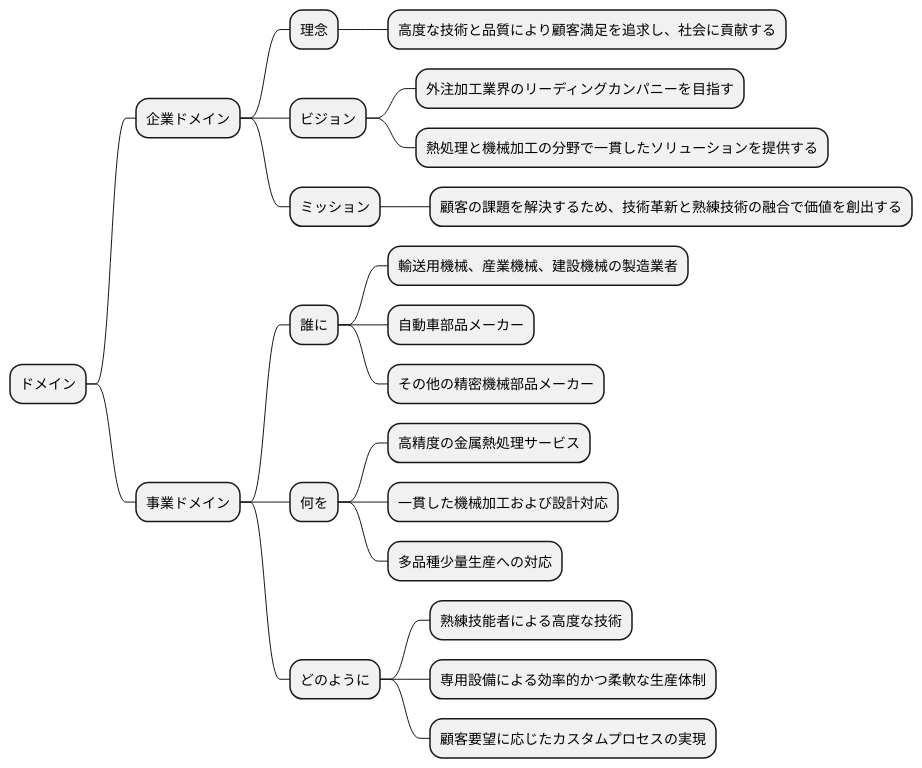
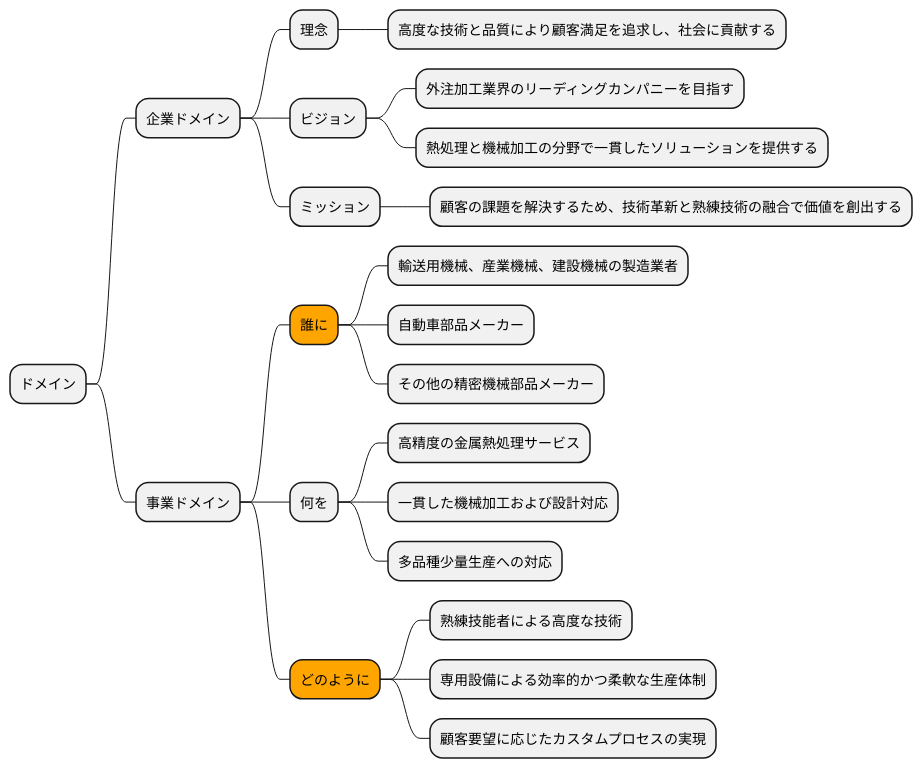
One commit to k2works/case-study-business-analysis changed the fifth of 19 diagrams in docs/case/r01_case_3.adoc. Above: the diagram before and after it, drawn with PlantUML. The commit also changed other lines of this file, not shown here.

```diff
--- a/docs/case/r01_case_3.adoc
+++ b/docs/case/r01_case_3.adoc
@@ -208,29 +210,29 @@
 [plantuml]
 ----
 @startmindmap
 
 * ドメイン
 ** 企業ドメイン
 *** 理念
 **** 高度な技術と品質により顧客満足を追求し、社会に貢献する
 *** ビジョン
 **** 外注加工業界のリーディングカンパニーを目指す
 **** 熱処理と機械加工の分野で一貫したソリューションを提供する
 *** ミッション
 **** 顧客の課題を解決するため、技術革新と熟練技術の融合で価値を創出する
 ** 事業ドメイン
-*** 誰に
+***[#orange] 誰に
 **** 輸送用機械、産業機械、建設機械の製造業者
 **** 自動車部品メーカー
 **** その他の精密機械部品メーカー
 *** 何を
 **** 高精度の金属熱処理サービス
 **** 一貫した機械加工および設計対応
 **** 多品種少量生産への対応
-*** どのように
+***[#orange] どのように
 **** 熟練技能者による高度な技術
 **** 専用設備による効率的かつ柔軟な生産体制
 **** 顧客要望に応じたカスタムプロセスの実現
 
 @endmindmap
 ----
```
